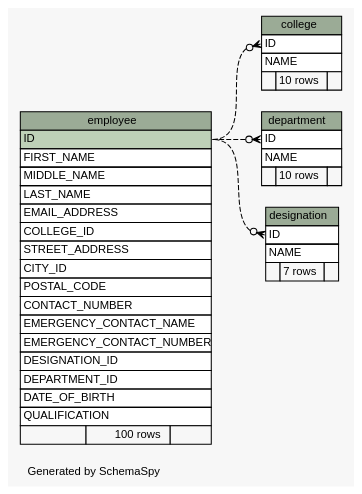
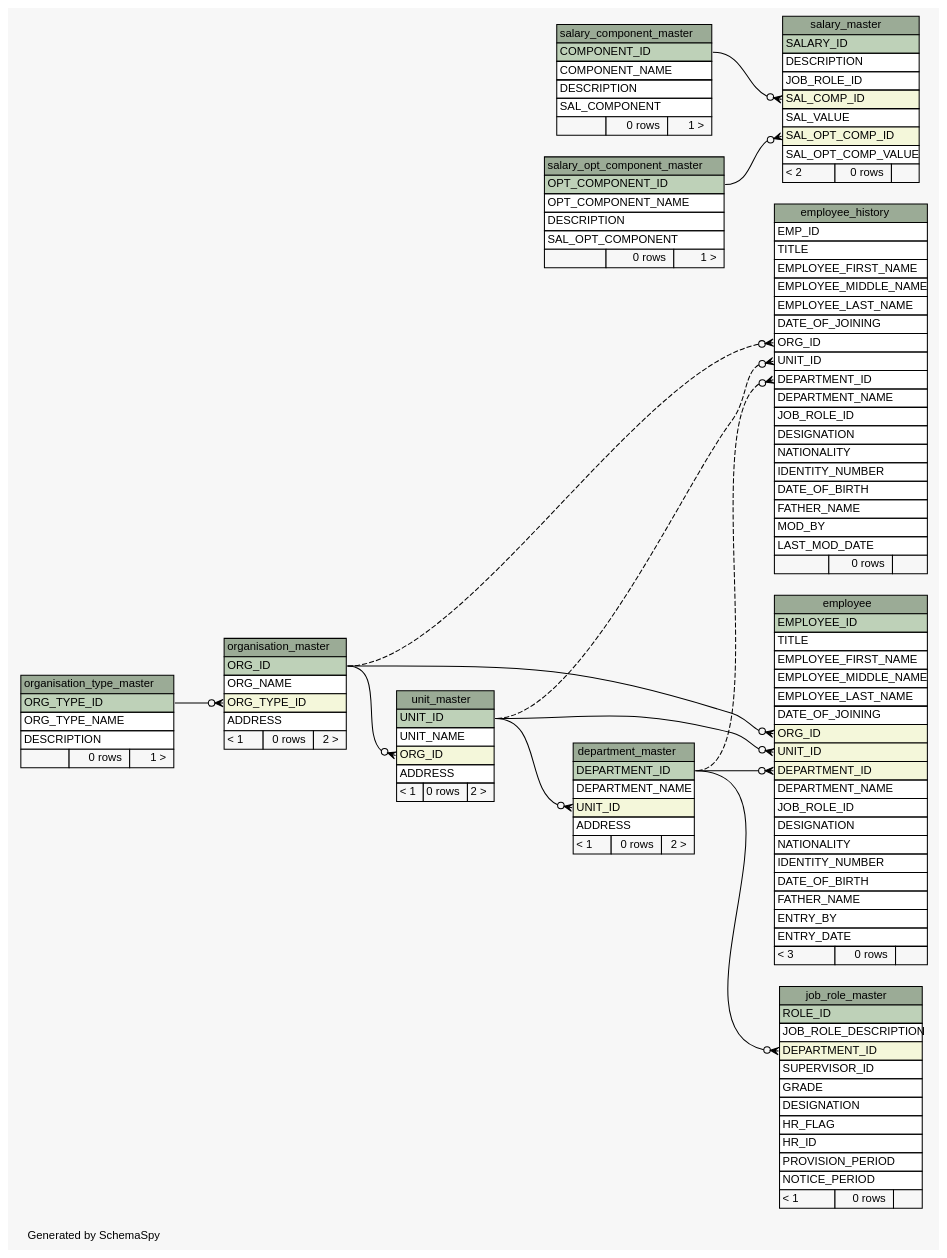
One commit to engineerscraft/hrms changed the diagram in docs/database/diagrams/summary/relationships.implied.large.dot. Above: the diagram before and after it, drawn with Graphviz. The commit also changed 121 other files, not shown here.

```diff
--- a/docs/database/diagrams/summary/relationships.implied.large.dot
+++ b/docs/database/diagrams/summary/relationships.implied.large.dot
@@ -19,65 +19,182 @@
   edge [
     arrowsize="0.8"
   ];
-  "college" [
+  "department_master" [
     label=<
     <TABLE BORDER="0" CELLBORDER="1" CELLSPACING="0" BGCOLOR="#ffffff">
-      <TR><TD COLSPAN="3" BGCOLOR="#9bab96" ALIGN="CENTER">college</TD></TR>
-      <TR><TD PORT="ID" COLSPAN="3" ALIGN="LEFT">ID</TD></TR>
-      <TR><TD PORT="NAME" COLSPAN="3" ALIGN="LEFT">NAME</TD></TR>
-      <TR><TD ALIGN="LEFT" BGCOLOR="#f7f7f7">  </TD><TD ALIGN="RIGHT" BGCOLOR="#f7f7f7">10 rows</TD><TD ALIGN="RIGHT" BGCOLOR="#f7f7f7">  </TD></TR>
+      <TR><TD COLSPAN="3" BGCOLOR="#9bab96" ALIGN="CENTER">department_master</TD></TR>
+      <TR><TD PORT="DEPARTMENT_ID" COLSPAN="3" BGCOLOR="#bed1b8" ALIGN="LEFT">DEPARTMENT_ID</TD></TR>
+      <TR><TD PORT="DEPARTMENT_NAME" COLSPAN="3" ALIGN="LEFT">DEPARTMENT_NAME</TD></TR>
+      <TR><TD PORT="UNIT_ID" COLSPAN="3" BGCOLOR="#f4f7da" ALIGN="LEFT">UNIT_ID</TD></TR>
+      <TR><TD PORT="ADDRESS" COLSPAN="3" ALIGN="LEFT">ADDRESS</TD></TR>
+      <TR><TD ALIGN="LEFT" BGCOLOR="#f7f7f7">&lt; 1</TD><TD ALIGN="RIGHT" BGCOLOR="#f7f7f7">0 rows</TD><TD ALIGN="RIGHT" BGCOLOR="#f7f7f7">2 &gt;</TD></TR>
     </TABLE>>
-    URL="tables/college.html"
-    tooltip="college"
-  ];
-  "department" [
-    label=<
-    <TABLE BORDER="0" CELLBORDER="1" CELLSPACING="0" BGCOLOR="#ffffff">
-      <TR><TD COLSPAN="3" BGCOLOR="#9bab96" ALIGN="CENTER">department</TD></TR>
-      <TR><TD PORT="ID" COLSPAN="3" ALIGN="LEFT">ID</TD></TR>
-      <TR><TD PORT="NAME" COLSPAN="3" ALIGN="LEFT">NAME</TD></TR>
-      <TR><TD ALIGN="LEFT" BGCOLOR="#f7f7f7">  </TD><TD ALIGN="RIGHT" BGCOLOR="#f7f7f7">10 rows</TD><TD ALIGN="RIGHT" BGCOLOR="#f7f7f7">  </TD></TR>
-    </TABLE>>
-    URL="tables/department.html"
-    tooltip="department"
-  ];
-  "designation" [
-    label=<
-    <TABLE BORDER="0" CELLBORDER="1" CELLSPACING="0" BGCOLOR="#ffffff">
-      <TR><TD COLSPAN="3" BGCOLOR="#9bab96" ALIGN="CENTER">designation</TD></TR>
-      <TR><TD PORT="ID" COLSPAN="3" ALIGN="LEFT">ID</TD></TR>
-      <TR><TD PORT="NAME" COLSPAN="3" ALIGN="LEFT">NAME</TD></TR>
-      <TR><TD ALIGN="LEFT" BGCOLOR="#f7f7f7">  </TD><TD ALIGN="RIGHT" BGCOLOR="#f7f7f7">7 rows</TD><TD ALIGN="RIGHT" BGCOLOR="#f7f7f7">  </TD></TR>
-    </TABLE>>
-    URL="tables/designation.html"
-    tooltip="designation"
+    URL="tables/department_master.html"
+    tooltip="department_master"
   ];
   "employee" [
     label=<
     <TABLE BORDER="0" CELLBORDER="1" CELLSPACING="0" BGCOLOR="#ffffff">
       <TR><TD COLSPAN="3" BGCOLOR="#9bab96" ALIGN="CENTER">employee</TD></TR>
-      <TR><TD PORT="ID" COLSPAN="3" BGCOLOR="#bed1b8" ALIGN="LEFT">ID</TD></TR>
-      <TR><TD PORT="FIRST_NAME" COLSPAN="3" ALIGN="LEFT">FIRST_NAME</TD></TR>
-      <TR><TD PORT="MIDDLE_NAME" COLSPAN="3" ALIGN="LEFT">MIDDLE_NAME</TD></TR>
-      <TR><TD PORT="LAST_NAME" COLSPAN="3" ALIGN="LEFT">LAST_NAME</TD></TR>
-      <TR><TD PORT="EMAIL_ADDRESS" COLSPAN="3" ALIGN="LEFT">EMAIL_ADDRESS</TD></TR>
-      <TR><TD PORT="COLLEGE_ID" COLSPAN="3" ALIGN="LEFT">COLLEGE_ID</TD></TR>
-      <TR><TD PORT="STREET_ADDRESS" COLSPAN="3" ALIGN="LEFT">STREET_ADDRESS</TD></TR>
-      <TR><TD PORT="CITY_ID" COLSPAN="3" ALIGN="LEFT">CITY_ID</TD></TR>
-      <TR><TD PORT="POSTAL_CODE" COLSPAN="3" ALIGN="LEFT">POSTAL_CODE</TD></TR>
-      <TR><TD PORT="CONTACT_NUMBER" COLSPAN="3" ALIGN="LEFT">CONTACT_NUMBER</TD></TR>
-      <TR><TD PORT="EMERGENCY_CONTACT_NAME" COLSPAN="3" ALIGN="LEFT">EMERGENCY_CONTACT_NAME</TD></TR>
-      <TR><TD PORT="EMERGENCY_CONTACT_NUMBER" COLSPAN="3" ALIGN="LEFT">EMERGENCY_CONTACT_NUMBER</TD></TR>
-      <TR><TD PORT="DESIGNATION_ID" COLSPAN="3" ALIGN="LEFT">DESIGNATION_ID</TD></TR>
-      <TR><TD PORT="DEPARTMENT_ID" COLSPAN="3" ALIGN="LEFT">DEPARTMENT_ID</TD></TR>
+      <TR><TD PORT="EMPLOYEE_ID" COLSPAN="3" BGCOLOR="#bed1b8" ALIGN="LEFT">EMPLOYEE_ID</TD></TR>
+      <TR><TD PORT="TITLE" COLSPAN="3" ALIGN="LEFT">TITLE</TD></TR>
+      <TR><TD PORT="EMPLOYEE_FIRST_NAME" COLSPAN="3" ALIGN="LEFT">EMPLOYEE_FIRST_NAME</TD></TR>
+      <TR><TD PORT="EMPLOYEE_MIDDLE_NAME" COLSPAN="3" ALIGN="LEFT">EMPLOYEE_MIDDLE_NAME</TD></TR>
+      <TR><TD PORT="EMPLOYEE_LAST_NAME" COLSPAN="3" ALIGN="LEFT">EMPLOYEE_LAST_NAME</TD></TR>
+      <TR><TD PORT="DATE_OF_JOINING" COLSPAN="3" ALIGN="LEFT">DATE_OF_JOINING</TD></TR>
+      <TR><TD PORT="ORG_ID" COLSPAN="3" BGCOLOR="#f4f7da" ALIGN="LEFT">ORG_ID</TD></TR>
+      <TR><TD PORT="UNIT_ID" COLSPAN="3" BGCOLOR="#f4f7da" ALIGN="LEFT">UNIT_ID</TD></TR>
+      <TR><TD PORT="DEPARTMENT_ID" COLSPAN="3" BGCOLOR="#f4f7da" ALIGN="LEFT">DEPARTMENT_ID</TD></TR>
+      <TR><TD PORT="DEPARTMENT_NAME" COLSPAN="3" ALIGN="LEFT">DEPARTMENT_NAME</TD></TR>
+      <TR><TD PORT="JOB_ROLE_ID" COLSPAN="3" ALIGN="LEFT">JOB_ROLE_ID</TD></TR>
+      <TR><TD PORT="DESIGNATION" COLSPAN="3" ALIGN="LEFT">DESIGNATION</TD></TR>
+      <TR><TD PORT="NATIONALITY" COLSPAN="3" ALIGN="LEFT">NATIONALITY</TD></TR>
+      <TR><TD PORT="IDENTITY_NUMBER" COLSPAN="3" ALIGN="LEFT">IDENTITY_NUMBER</TD></TR>
       <TR><TD PORT="DATE_OF_BIRTH" COLSPAN="3" ALIGN="LEFT">DATE_OF_BIRTH</TD></TR>
-      <TR><TD PORT="QUALIFICATION" COLSPAN="3" ALIGN="LEFT">QUALIFICATION</TD></TR>
-      <TR><TD ALIGN="LEFT" BGCOLOR="#f7f7f7">  </TD><TD ALIGN="RIGHT" BGCOLOR="#f7f7f7">100 rows</TD><TD ALIGN="RIGHT" BGCOLOR="#f7f7f7">  </TD></TR>
+      <TR><TD PORT="FATHER_NAME" COLSPAN="3" ALIGN="LEFT">FATHER_NAME</TD></TR>
+      <TR><TD PORT="ENTRY_BY" COLSPAN="3" ALIGN="LEFT">ENTRY_BY</TD></TR>
+      <TR><TD PORT="ENTRY_DATE" COLSPAN="3" ALIGN="LEFT">ENTRY_DATE</TD></TR>
+      <TR><TD ALIGN="LEFT" BGCOLOR="#f7f7f7">&lt; 3</TD><TD ALIGN="RIGHT" BGCOLOR="#f7f7f7">0 rows</TD><TD ALIGN="RIGHT" BGCOLOR="#f7f7f7">  </TD></TR>
     </TABLE>>
     URL="tables/employee.html"
     tooltip="employee"
   ];
-  "college":"ID":w -> "employee":"ID":e [arrowhead=none dir=back arrowtail=crowodot style=dashed];
-  "department":"ID":w -> "employee":"ID":e [arrowhead=none dir=back arrowtail=crowodot style=dashed];
-  "designation":"ID":w -> "employee":"ID":e [arrowhead=none dir=back arrowtail=crowodot style=dashed];
+  "employee_history" [
+    label=<
+    <TABLE BORDER="0" CELLBORDER="1" CELLSPACING="0" BGCOLOR="#ffffff">
+      <TR><TD COLSPAN="3" BGCOLOR="#9bab96" ALIGN="CENTER">employee_history</TD></TR>
+      <TR><TD PORT="EMP_ID" COLSPAN="3" ALIGN="LEFT">EMP_ID</TD></TR>
+      <TR><TD PORT="TITLE" COLSPAN="3" ALIGN="LEFT">TITLE</TD></TR>
+      <TR><TD PORT="EMPLOYEE_FIRST_NAME" COLSPAN="3" ALIGN="LEFT">EMPLOYEE_FIRST_NAME</TD></TR>
+      <TR><TD PORT="EMPLOYEE_MIDDLE_NAME" COLSPAN="3" ALIGN="LEFT">EMPLOYEE_MIDDLE_NAME</TD></TR>
+      <TR><TD PORT="EMPLOYEE_LAST_NAME" COLSPAN="3" ALIGN="LEFT">EMPLOYEE_LAST_NAME</TD></TR>
+      <TR><TD PORT="DATE_OF_JOINING" COLSPAN="3" ALIGN="LEFT">DATE_OF_JOINING</TD></TR>
+      <TR><TD PORT="ORG_ID" COLSPAN="3" ALIGN="LEFT">ORG_ID</TD></TR>
+      <TR><TD PORT="UNIT_ID" COLSPAN="3" ALIGN="LEFT">UNIT_ID</TD></TR>
+      <TR><TD PORT="DEPARTMENT_ID" COLSPAN="3" ALIGN="LEFT">DEPARTMENT_ID</TD></TR>
+      <TR><TD PORT="DEPARTMENT_NAME" COLSPAN="3" ALIGN="LEFT">DEPARTMENT_NAME</TD></TR>
+      <TR><TD PORT="JOB_ROLE_ID" COLSPAN="3" ALIGN="LEFT">JOB_ROLE_ID</TD></TR>
+      <TR><TD PORT="DESIGNATION" COLSPAN="3" ALIGN="LEFT">DESIGNATION</TD></TR>
+      <TR><TD PORT="NATIONALITY" COLSPAN="3" ALIGN="LEFT">NATIONALITY</TD></TR>
+      <TR><TD PORT="IDENTITY_NUMBER" COLSPAN="3" ALIGN="LEFT">IDENTITY_NUMBER</TD></TR>
+      <TR><TD PORT="DATE_OF_BIRTH" COLSPAN="3" ALIGN="LEFT">DATE_OF_BIRTH</TD></TR>
+      <TR><TD PORT="FATHER_NAME" COLSPAN="3" ALIGN="LEFT">FATHER_NAME</TD></TR>
+      <TR><TD PORT="MOD_BY" COLSPAN="3" ALIGN="LEFT">MOD_BY</TD></TR>
+      <TR><TD PORT="LAST_MOD_DATE" COLSPAN="3" ALIGN="LEFT">LAST_MOD_DATE</TD></TR>
+      <TR><TD ALIGN="LEFT" BGCOLOR="#f7f7f7">  </TD><TD ALIGN="RIGHT" BGCOLOR="#f7f7f7">0 rows</TD><TD ALIGN="RIGHT" BGCOLOR="#f7f7f7">  </TD></TR>
+    </TABLE>>
+    URL="tables/employee_history.html"
+    tooltip="employee_history"
+  ];
+  "job_role_master" [
+    label=<
+    <TABLE BORDER="0" CELLBORDER="1" CELLSPACING="0" BGCOLOR="#ffffff">
+      <TR><TD COLSPAN="3" BGCOLOR="#9bab96" ALIGN="CENTER">job_role_master</TD></TR>
+      <TR><TD PORT="ROLE_ID" COLSPAN="3" BGCOLOR="#bed1b8" ALIGN="LEFT">ROLE_ID</TD></TR>
+      <TR><TD PORT="JOB_ROLE_DESCRIPTION" COLSPAN="3" ALIGN="LEFT">JOB_ROLE_DESCRIPTION</TD></TR>
+      <TR><TD PORT="DEPARTMENT_ID" COLSPAN="3" BGCOLOR="#f4f7da" ALIGN="LEFT">DEPARTMENT_ID</TD></TR>
+      <TR><TD PORT="SUPERVISOR_ID" COLSPAN="3" ALIGN="LEFT">SUPERVISOR_ID</TD></TR>
+      <TR><TD PORT="GRADE" COLSPAN="3" ALIGN="LEFT">GRADE</TD></TR>
+      <TR><TD PORT="DESIGNATION" COLSPAN="3" ALIGN="LEFT">DESIGNATION</TD></TR>
+      <TR><TD PORT="HR_FLAG" COLSPAN="3" ALIGN="LEFT">HR_FLAG</TD></TR>
+      <TR><TD PORT="HR_ID" COLSPAN="3" ALIGN="LEFT">HR_ID</TD></TR>
+      <TR><TD PORT="PROVISION_PERIOD" COLSPAN="3" ALIGN="LEFT">PROVISION_PERIOD</TD></TR>
+      <TR><TD PORT="NOTICE_PERIOD" COLSPAN="3" ALIGN="LEFT">NOTICE_PERIOD</TD></TR>
+      <TR><TD ALIGN="LEFT" BGCOLOR="#f7f7f7">&lt; 1</TD><TD ALIGN="RIGHT" BGCOLOR="#f7f7f7">0 rows</TD><TD ALIGN="RIGHT" BGCOLOR="#f7f7f7">  </TD></TR>
+    </TABLE>>
+    URL="tables/job_role_master.html"
+    tooltip="job_role_master"
+  ];
+  "organisation_master" [
+    label=<
+    <TABLE BORDER="0" CELLBORDER="1" CELLSPACING="0" BGCOLOR="#ffffff">
+      <TR><TD COLSPAN="3" BGCOLOR="#9bab96" ALIGN="CENTER">organisation_master</TD></TR>
+      <TR><TD PORT="ORG_ID" COLSPAN="3" BGCOLOR="#bed1b8" ALIGN="LEFT">ORG_ID</TD></TR>
+      <TR><TD PORT="ORG_NAME" COLSPAN="3" ALIGN="LEFT">ORG_NAME</TD></TR>
+      <TR><TD PORT="ORG_TYPE_ID" COLSPAN="3" BGCOLOR="#f4f7da" ALIGN="LEFT">ORG_TYPE_ID</TD></TR>
+      <TR><TD PORT="ADDRESS" COLSPAN="3" ALIGN="LEFT">ADDRESS</TD></TR>
+      <TR><TD ALIGN="LEFT" BGCOLOR="#f7f7f7">&lt; 1</TD><TD ALIGN="RIGHT" BGCOLOR="#f7f7f7">0 rows</TD><TD ALIGN="RIGHT" BGCOLOR="#f7f7f7">2 &gt;</TD></TR>
+    </TABLE>>
+    URL="tables/organisation_master.html"
+    tooltip="organisation_master"
+  ];
+  "organisation_type_master" [
+    label=<
+    <TABLE BORDER="0" CELLBORDER="1" CELLSPACING="0" BGCOLOR="#ffffff">
+      <TR><TD COLSPAN="3" BGCOLOR="#9bab96" ALIGN="CENTER">organisation_type_master</TD></TR>
+      <TR><TD PORT="ORG_TYPE_ID" COLSPAN="3" BGCOLOR="#bed1b8" ALIGN="LEFT">ORG_TYPE_ID</TD></TR>
+      <TR><TD PORT="ORG_TYPE_NAME" COLSPAN="3" ALIGN="LEFT">ORG_TYPE_NAME</TD></TR>
+      <TR><TD PORT="DESCRIPTION" COLSPAN="3" ALIGN="LEFT">DESCRIPTION</TD></TR>
+      <TR><TD ALIGN="LEFT" BGCOLOR="#f7f7f7">  </TD><TD ALIGN="RIGHT" BGCOLOR="#f7f7f7">0 rows</TD><TD ALIGN="RIGHT" BGCOLOR="#f7f7f7">1 &gt;</TD></TR>
+    </TABLE>>
+    URL="tables/organisation_type_master.html"
+    tooltip="organisation_type_master"
+  ];
+  "salary_component_master" [
+    label=<
+    <TABLE BORDER="0" CELLBORDER="1" CELLSPACING="0" BGCOLOR="#ffffff">
+      <TR><TD COLSPAN="3" BGCOLOR="#9bab96" ALIGN="CENTER">salary_component_master</TD></TR>
+      <TR><TD PORT="COMPONENT_ID" COLSPAN="3" BGCOLOR="#bed1b8" ALIGN="LEFT">COMPONENT_ID</TD></TR>
+      <TR><TD PORT="COMPONENT_NAME" COLSPAN="3" ALIGN="LEFT">COMPONENT_NAME</TD></TR>
+      <TR><TD PORT="DESCRIPTION" COLSPAN="3" ALIGN="LEFT">DESCRIPTION</TD></TR>
+      <TR><TD PORT="SAL_COMPONENT" COLSPAN="3" ALIGN="LEFT">SAL_COMPONENT</TD></TR>
+      <TR><TD ALIGN="LEFT" BGCOLOR="#f7f7f7">  </TD><TD ALIGN="RIGHT" BGCOLOR="#f7f7f7">0 rows</TD><TD ALIGN="RIGHT" BGCOLOR="#f7f7f7">1 &gt;</TD></TR>
+    </TABLE>>
+    URL="tables/salary_component_master.html"
+    tooltip="salary_component_master"
+  ];
+  "salary_master" [
+    label=<
+    <TABLE BORDER="0" CELLBORDER="1" CELLSPACING="0" BGCOLOR="#ffffff">
+      <TR><TD COLSPAN="3" BGCOLOR="#9bab96" ALIGN="CENTER">salary_master</TD></TR>
+      <TR><TD PORT="SALARY_ID" COLSPAN="3" BGCOLOR="#bed1b8" ALIGN="LEFT">SALARY_ID</TD></TR>
+      <TR><TD PORT="DESCRIPTION" COLSPAN="3" ALIGN="LEFT">DESCRIPTION</TD></TR>
+      <TR><TD PORT="JOB_ROLE_ID" COLSPAN="3" ALIGN="LEFT">JOB_ROLE_ID</TD></TR>
+      <TR><TD PORT="SAL_COMP_ID" COLSPAN="3" BGCOLOR="#f4f7da" ALIGN="LEFT">SAL_COMP_ID</TD></TR>
+      <TR><TD PORT="SAL_VALUE" COLSPAN="3" ALIGN="LEFT">SAL_VALUE</TD></TR>
+      <TR><TD PORT="SAL_OPT_COMP_ID" COLSPAN="3" BGCOLOR="#f4f7da" ALIGN="LEFT">SAL_OPT_COMP_ID</TD></TR>
+      <TR><TD PORT="SAL_OPT_COMP_VALUE" COLSPAN="3" ALIGN="LEFT">SAL_OPT_COMP_VALUE</TD></TR>
+      <TR><TD ALIGN="LEFT" BGCOLOR="#f7f7f7">&lt; 2</TD><TD ALIGN="RIGHT" BGCOLOR="#f7f7f7">0 rows</TD><TD ALIGN="RIGHT" BGCOLOR="#f7f7f7">  </TD></TR>
+    </TABLE>>
+    URL="tables/salary_master.html"
+    tooltip="salary_master"
+  ];
+  "salary_opt_component_master" [
+    label=<
+    <TABLE BORDER="0" CELLBORDER="1" CELLSPACING="0" BGCOLOR="#ffffff">
+      <TR><TD COLSPAN="3" BGCOLOR="#9bab96" ALIGN="CENTER">salary_opt_component_master</TD></TR>
+      <TR><TD PORT="OPT_COMPONENT_ID" COLSPAN="3" BGCOLOR="#bed1b8" ALIGN="LEFT">OPT_COMPONENT_ID</TD></TR>
+      <TR><TD PORT="OPT_COMPONENT_NAME" COLSPAN="3" ALIGN="LEFT">OPT_COMPONENT_NAME</TD></TR>
+      <TR><TD PORT="DESCRIPTION" COLSPAN="3" ALIGN="LEFT">DESCRIPTION</TD></TR>
+      <TR><TD PORT="SAL_OPT_COMPONENT" COLSPAN="3" ALIGN="LEFT">SAL_OPT_COMPONENT</TD></TR>
+      <TR><TD ALIGN="LEFT" BGCOLOR="#f7f7f7">  </TD><TD ALIGN="RIGHT" BGCOLOR="#f7f7f7">0 rows</TD><TD ALIGN="RIGHT" BGCOLOR="#f7f7f7">1 &gt;</TD></TR>
+    </TABLE>>
+    URL="tables/salary_opt_component_master.html"
+    tooltip="salary_opt_component_master"
+  ];
+  "unit_master" [
+    label=<
+    <TABLE BORDER="0" CELLBORDER="1" CELLSPACING="0" BGCOLOR="#ffffff">
+      <TR><TD COLSPAN="3" BGCOLOR="#9bab96" ALIGN="CENTER">unit_master</TD></TR>
+      <TR><TD PORT="UNIT_ID" COLSPAN="3" BGCOLOR="#bed1b8" ALIGN="LEFT">UNIT_ID</TD></TR>
+      <TR><TD PORT="UNIT_NAME" COLSPAN="3" ALIGN="LEFT">UNIT_NAME</TD></TR>
+      <TR><TD PORT="ORG_ID" COLSPAN="3" BGCOLOR="#f4f7da" ALIGN="LEFT">ORG_ID</TD></TR>
+      <TR><TD PORT="ADDRESS" COLSPAN="3" ALIGN="LEFT">ADDRESS</TD></TR>
+      <TR><TD ALIGN="LEFT" BGCOLOR="#f7f7f7">&lt; 1</TD><TD ALIGN="RIGHT" BGCOLOR="#f7f7f7">0 rows</TD><TD ALIGN="RIGHT" BGCOLOR="#f7f7f7">2 &gt;</TD></TR>
+    </TABLE>>
+    URL="tables/unit_master.html"
+    tooltip="unit_master"
+  ];
+  "department_master":"UNIT_ID":w -> "unit_master":"UNIT_ID":e [arrowhead=none dir=back arrowtail=crowodot];
+  "employee":"DEPARTMENT_ID":w -> "department_master":"DEPARTMENT_ID":e [arrowhead=none dir=back arrowtail=crowodot];
+  "employee":"ORG_ID":w -> "organisation_master":"ORG_ID":e [arrowhead=none dir=back arrowtail=crowodot];
+  "employee":"UNIT_ID":w -> "unit_master":"UNIT_ID":e [arrowhead=none dir=back arrowtail=crowodot];
+  "employee_history":"DEPARTMENT_ID":w -> "department_master":"DEPARTMENT_ID":e [arrowhead=none dir=back arrowtail=crowodot style=dashed];
+  "employee_history":"ORG_ID":w -> "organisation_master":"ORG_ID":e [arrowhead=none dir=back arrowtail=crowodot style=dashed];
+  "employee_history":"UNIT_ID":w -> "unit_master":"UNIT_ID":e [arrowhead=none dir=back arrowtail=crowodot style=dashed];
+  "job_role_master":"DEPARTMENT_ID":w -> "department_master":"DEPARTMENT_ID":e [arrowhead=none dir=back arrowtail=crowodot];
+  "organisation_master":"ORG_TYPE_ID":w -> "organisation_type_master":"ORG_TYPE_ID":e [arrowhead=none dir=back arrowtail=crowodot];
+  "salary_master":"SAL_COMP_ID":w -> "salary_component_master":"COMPONENT_ID":e [arrowhead=none dir=back arrowtail=crowodot];
+  "salary_master":"SAL_OPT_COMP_ID":w -> "salary_opt_component_master":"OPT_COMPONENT_ID":e [arrowhead=none dir=back arrowtail=crowodot];
+  "unit_master":"ORG_ID":w -> "organisation_master":"ORG_ID":e [arrowhead=none dir=back arrowtail=crowodot];
 }
```
